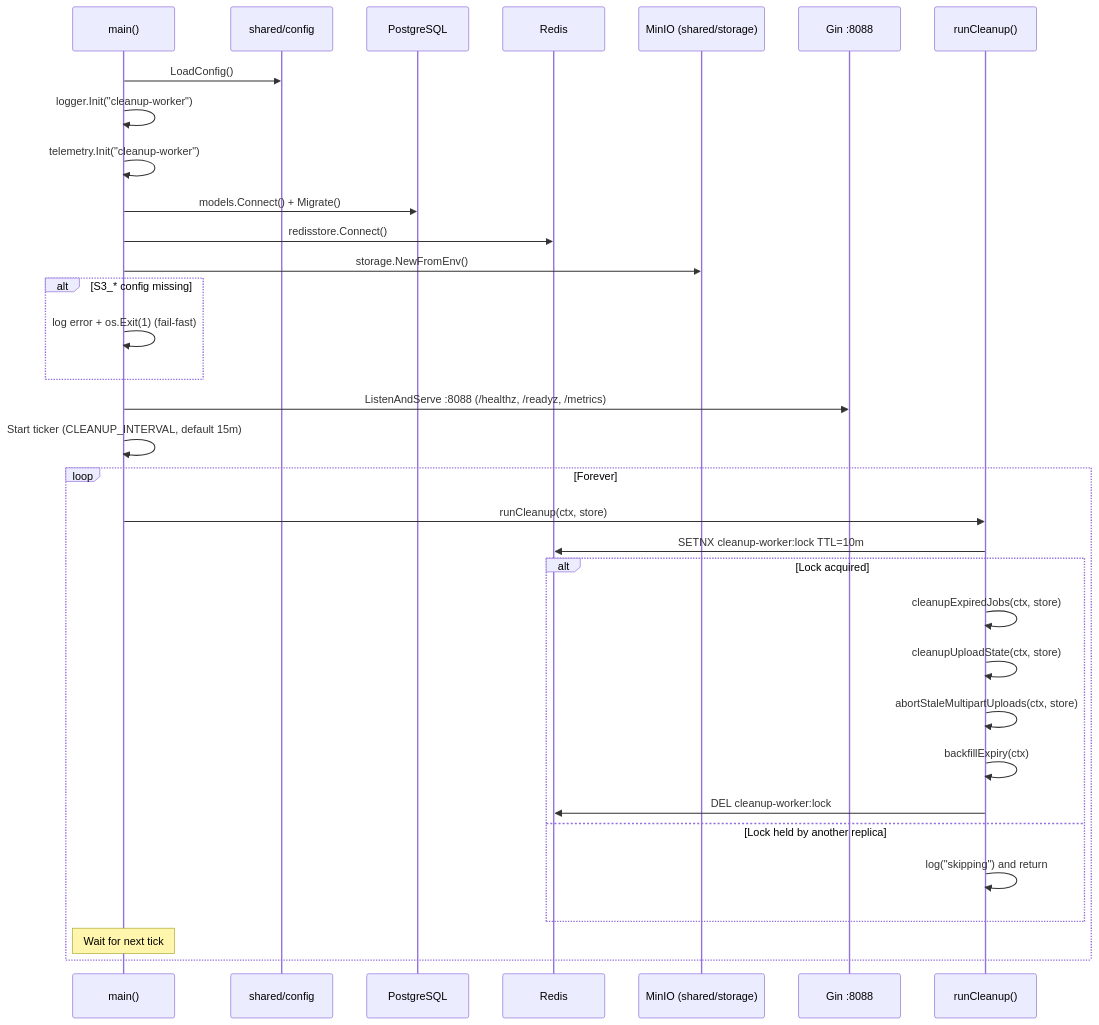
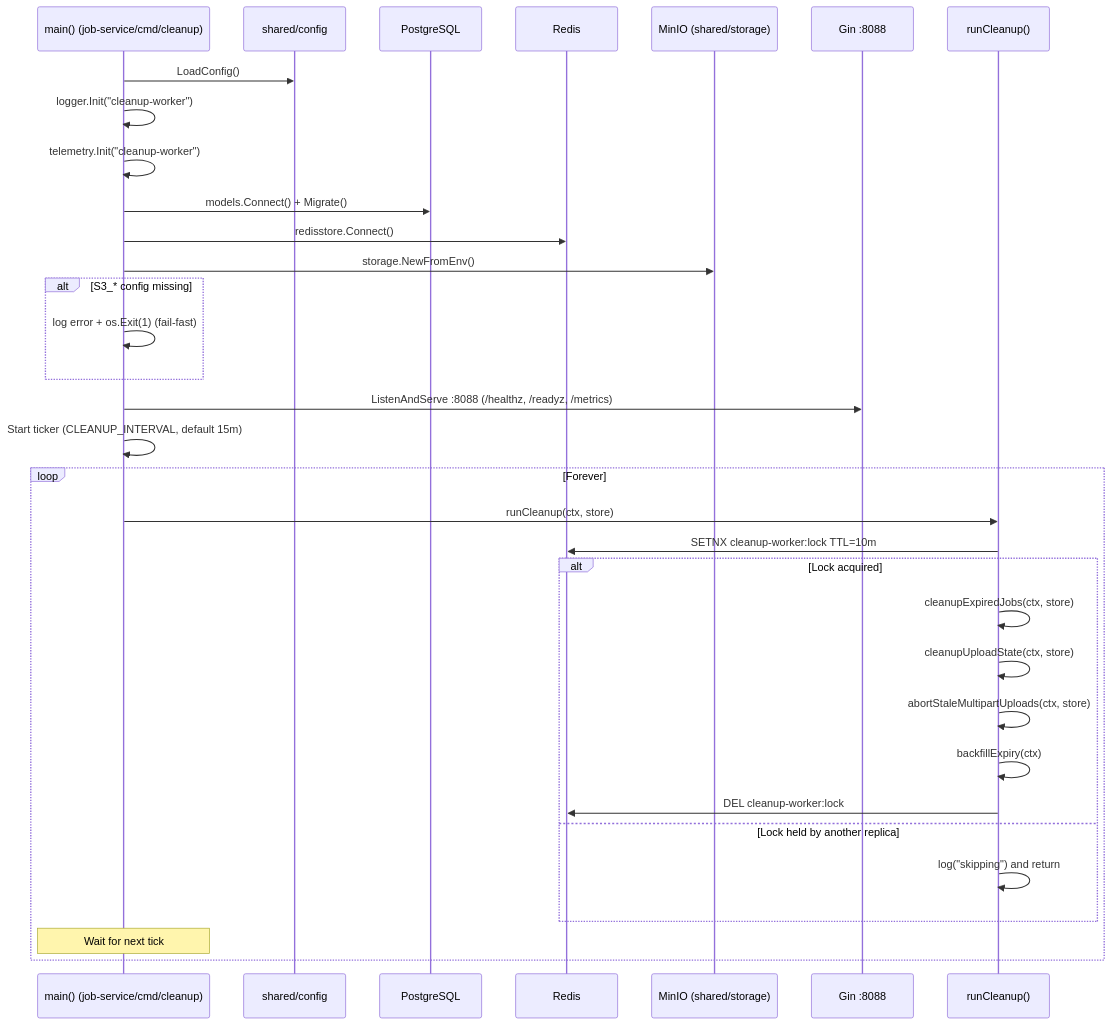
One commit to Prachidubey2003/fyredocs_backend changed the first of 7 diagrams in docs/developer/mermaid/service-cleanup-worker-sequence.md. Above: the diagram before and after it, drawn with Mermaid. The commit also changed other lines of this file and 130 other files, not shown here.

````diff
--- a/docs/developer/mermaid/service-cleanup-worker-sequence.md
+++ b/docs/developer/mermaid/service-cleanup-worker-sequence.md
@@ -7,37 +7,37 @@
 ```mermaid
 sequenceDiagram
-    participant Main as main()
+    participant Main as main() (job-service/cmd/cleanup)
     participant Cfg as shared/config
     participant DB as PostgreSQL
     participant R as Redis
     participant S3 as MinIO (shared/storage)
     participant HTTP as Gin :8088
     participant Cleanup as runCleanup()
 
     Main->>Cfg: LoadConfig()
     Main->>Main: logger.Init("cleanup-worker")
     Main->>Main: telemetry.Init("cleanup-worker")
     Main->>DB: models.Connect() + Migrate()
     Main->>R: redisstore.Connect()
     Main->>S3: storage.NewFromEnv()
     alt S3_* config missing
         Main->>Main: log error + os.Exit(1) (fail-fast)
     end
     Main->>HTTP: ListenAndServe :8088 (/healthz, /readyz, /metrics)
     Main->>Main: Start ticker (CLEANUP_INTERVAL, default 15m)
 
     loop Forever
         Main->>Cleanup: runCleanup(ctx, store)
         Cleanup->>R: SETNX cleanup-worker:lock TTL=10m
         alt Lock acquired
             Cleanup->>Cleanup: cleanupExpiredJobs(ctx, store)
             Cleanup->>Cleanup: cleanupUploadState(ctx, store)
             Cleanup->>Cleanup: abortStaleMultipartUploads(ctx, store)
             Cleanup->>Cleanup: backfillExpiry(ctx)
             Cleanup->>R: DEL cleanup-worker:lock
         else Lock held by another replica
             Cleanup->>Cleanup: log("skipping") and return
         end
         Note over Main: Wait for next tick
     end
 ```
````
